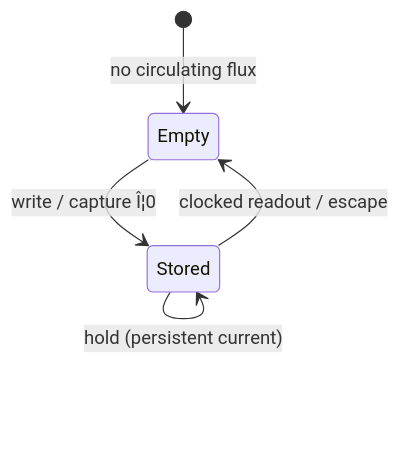
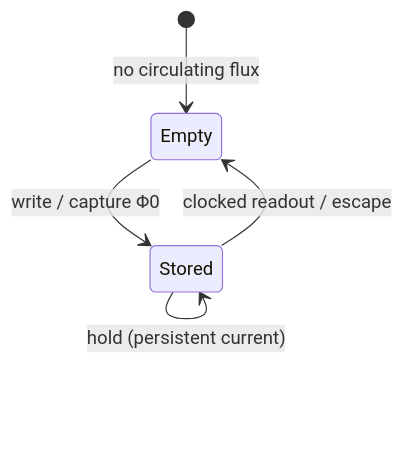
One commit to Single-Flux-Quantum/sfq-learn-public changed the first of 2 diagrams in docs/fundamentals/superconducting-loop-squid.md. Above: the diagram before and after it, drawn with Mermaid. The commit also changed other lines of this file and 39 other files, not shown here.

````diff
--- a/docs/fundamentals/superconducting-loop-squid.md
+++ b/docs/fundamentals/superconducting-loop-squid.md
@@ -58,7 +58,7 @@
 ```mermaid
 stateDiagram-v2
   [*] --> Empty: no circulating flux
-  Empty --> Stored: write / capture Î¦0
+  Empty --> Stored: write / capture Φ0
   Stored --> Empty: clocked readout / escape
   Stored --> Stored: hold (persistent current)
 ```
````
